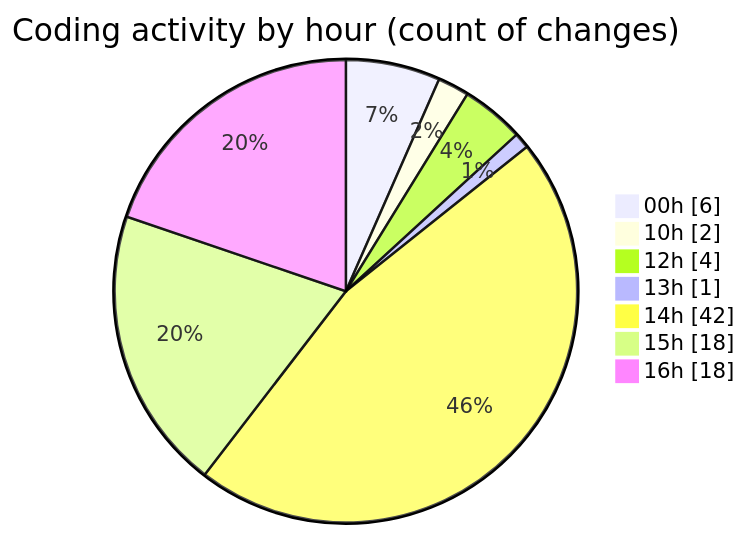
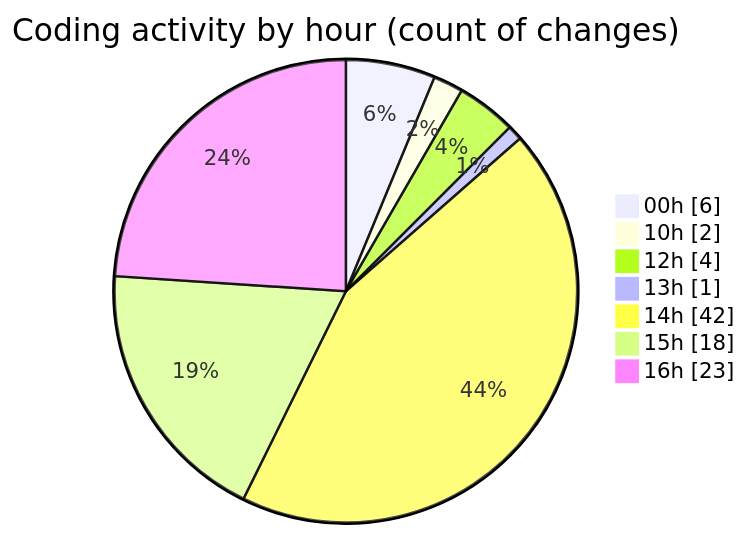
One commit to nxtqubesakshisongat/code-tracking changed the second of 2 diagrams in 2025-06-04/nxtqube_webapp/README.md. Above: the diagram before and after it, drawn with Mermaid. The commit also changed other lines of this file and 1 other file, not shown here.

````diff
--- a/2025-06-04/nxtqube_webapp/README.md
+++ b/2025-06-04/nxtqube_webapp/README.md
@@ -35,11 +35,11 @@
 ```mermaid
 pie showData
 title Coding activity by hour (count of changes)
 "00h" : 6
 "10h" : 2
 "12h" : 4
 "13h" : 1
 "14h" : 42
 "15h" : 18
-"16h" : 18
+"16h" : 23
 ```
````
